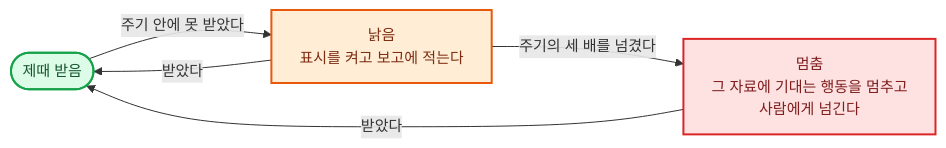
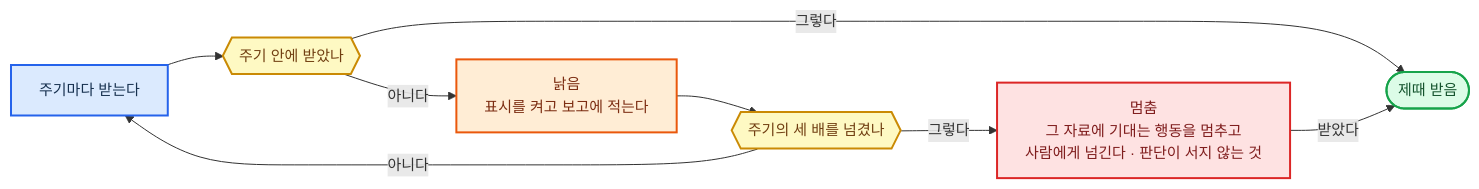
The sixth of 26 diagrams in 전문가 에이전트 정의 2.md (harisbaguette/expert), drawn with Mermaid before and after one commit. The commit also changed other lines of this file and 7 other files, not shown here.

````diff
--- a/전문가 에이전트 정의 2.md
+++ b/전문가 에이전트 정의 2.md
@@ -720,14 +827,15 @@
 ```mermaid
 %%{init: {"flowchart": {"wrappingWidth": 640, "curve": "basis", "nodeSpacing": 45, "rankSpacing": 55, "padding": 14, "useMaxWidth": true}, "themeVariables": {"fontSize": "15px"}} }%%
 flowchart LR
+    classDef main fill:#dbeafe,stroke:#2563eb,stroke-width:2px,color:#17314f
     classDef stop fill:#fee2e2,stroke:#dc2626,stroke-width:2px,color:#7f1d1d
     classDef back fill:#ffedd5,stroke:#ea580c,stroke-width:2px,color:#7c2d12
     classDef good fill:#dcfce7,stroke:#16a34a,stroke-width:2px,color:#14532d
-    A(["제때 받음"]):::good
-    B["낡음<br/>표시를 켜고 보고에 적는다"]:::back
-    C["멈춤<br/>그 자료에 기대는 행동을 멈추고<br/>사람에게 넘긴다"]:::stop
-    A -- "주기 안에 못 받았다" --> B
-    B -- "주기의 세 배를 넘겼다" --> C
-    B -- "받았다" --> A
+    classDef note fill:#fef9c3,stroke:#ca8a04,stroke-width:2px,color:#713f12
+    P["주기마다 받는다"]:::main --> Q{{"주기 안에 받았나"}}:::note
+    Q -- "그렇다" --> A(["제때 받음"]):::good
+    Q -- "아니다" --> B["낡음<br/>표시를 켜고 보고에 적는다"]:::back --> T{{"주기의 세 배를 넘겼나"}}:::note
+    T -- "아니다" --> P
+    T -- "그렇다" --> C["멈춤<br/>그 자료에 기대는 행동을 멈추고<br/>사람에게 넘긴다 · 판단이 서지 않는 것"]:::stop
     C -- "받았다" --> A
 ```
````
